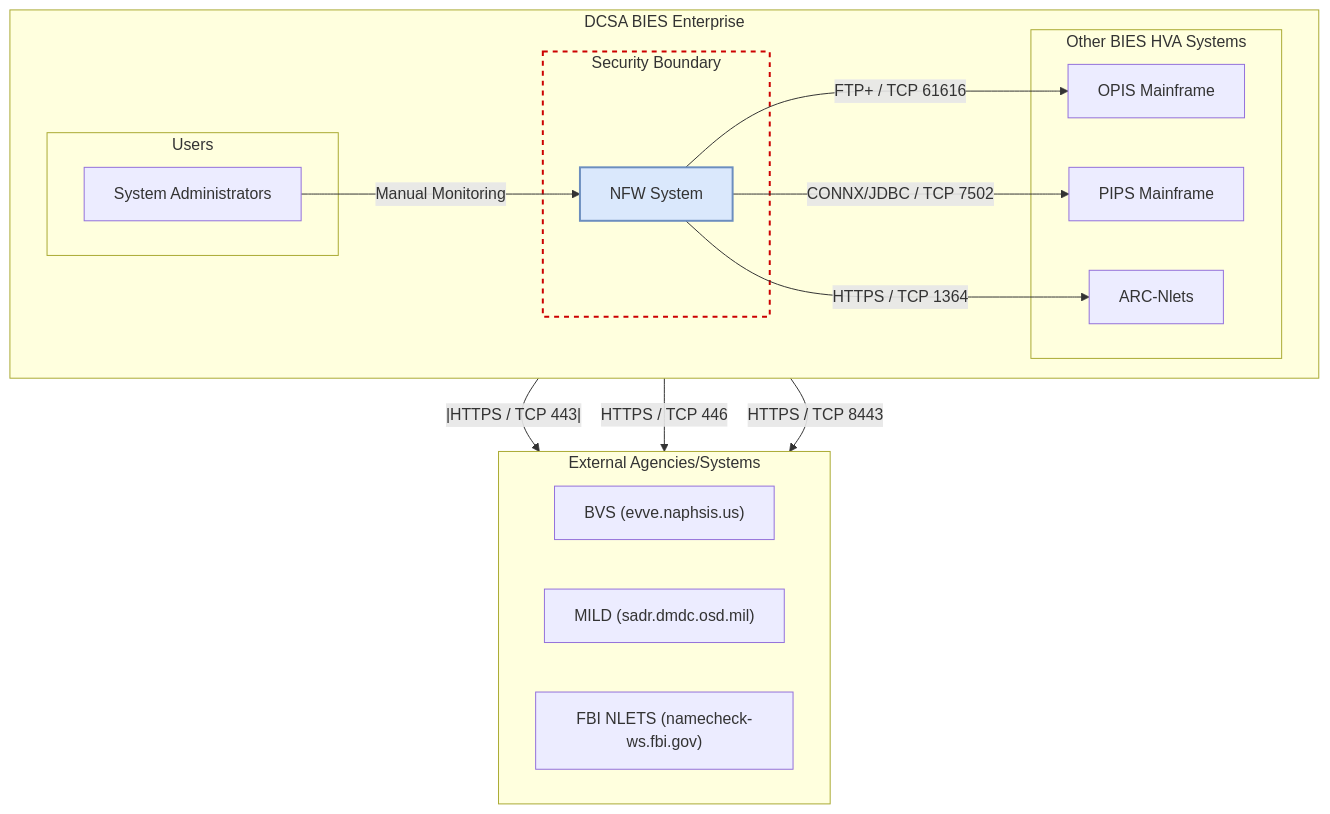
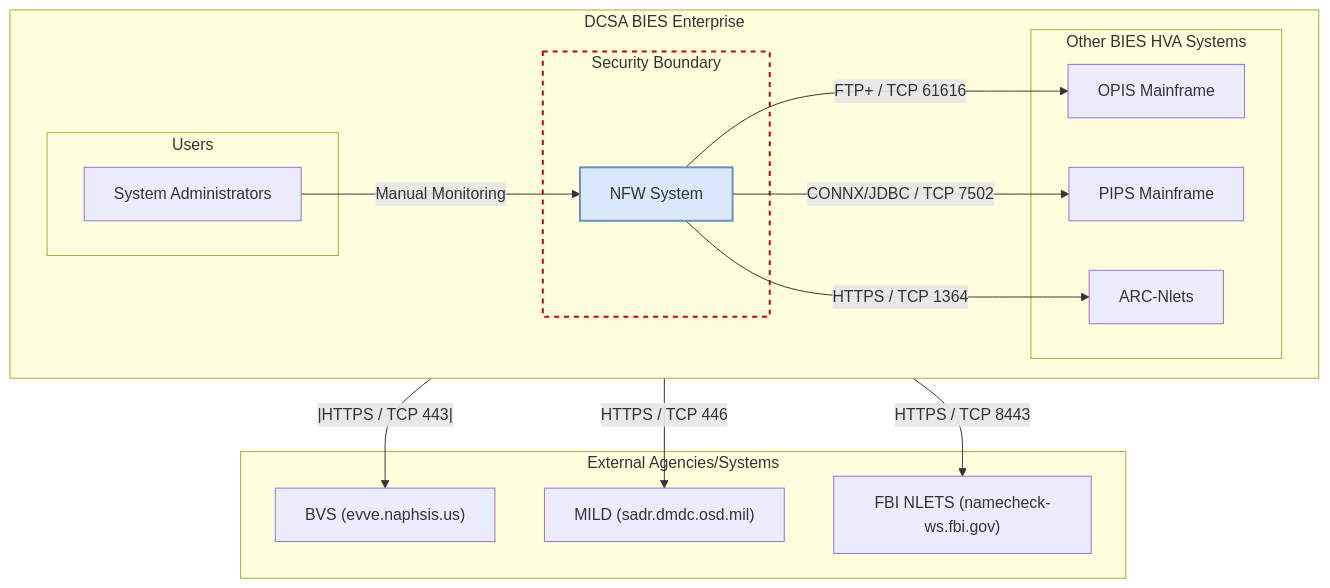
One commit to denwilliams7/bies_architecture1 changed the diagram in NFW_context_diagram_V4.mmd. Above: the diagram before and after it, drawn with Mermaid.

```diff
--- a/NFW_context_diagram_V4.mmd
+++ b/NFW_context_diagram_V4.mmd
@@ -1,47 +1,47 @@
 graph TD
     subgraph DCSA_BIES_Enterprise [DCSA BIES Enterprise]
         direction LR
         
         subgraph Other_BIES_Systems [Other BIES HVA Systems]
             PIPS[PIPS Mainframe]
             OPIS[OPIS Mainframe]
             ARC_Nlets[ARC-Nlets]
         end
         
         subgraph Security_Boundary [Security Boundary]
             NFW[NFW System]
         end
 
         subgraph Users
              Admin[System Administrators]
         end
     end
 
     %% NFW -- |HTTPS / TCP 443| --> BVS
     %% NFW -- "HTTPS / TCP 446" --> MILD
     %% NFW -- "HTTPS / TCP 8443" --> FBI_NLETS
 
     subgraph External_Systems [External Agencies/Systems]
-        direction LR
+        %% direction LR
         BVS["BVS (evve.naphsis.us)"]
         MILD["MILD (sadr.dmdc.osd.mil)"]
         FBI_NLETS["FBI NLETS (namecheck-ws.fbi.gov)"]
     end
 
     %% Connections
     Admin -- "Manual Monitoring" --> NFW
     
     %% Internal Connections based on Table 8
     NFW -- "FTP+ / TCP 61616" --> OPIS
     NFW -- "CONNX/JDBC / TCP 7502" --> PIPS
     NFW -- "HTTPS / TCP 1364" --> ARC_Nlets
     
     %% External Connections based on Table 8
     NFW -- |HTTPS / TCP 443| --> BVS
     NFW -- "HTTPS / TCP 446" --> MILD
     NFW -- "HTTPS / TCP 8443" --> FBI_NLETS
 
     %% Styling
     style NFW fill:#dae8fc,stroke:#6c8ebf,stroke-width:2px
     classDef securityBoundary fill:none,stroke:#c00,stroke-width:2px,stroke-dasharray:5
     class Security_Boundary securityBoundary
```
